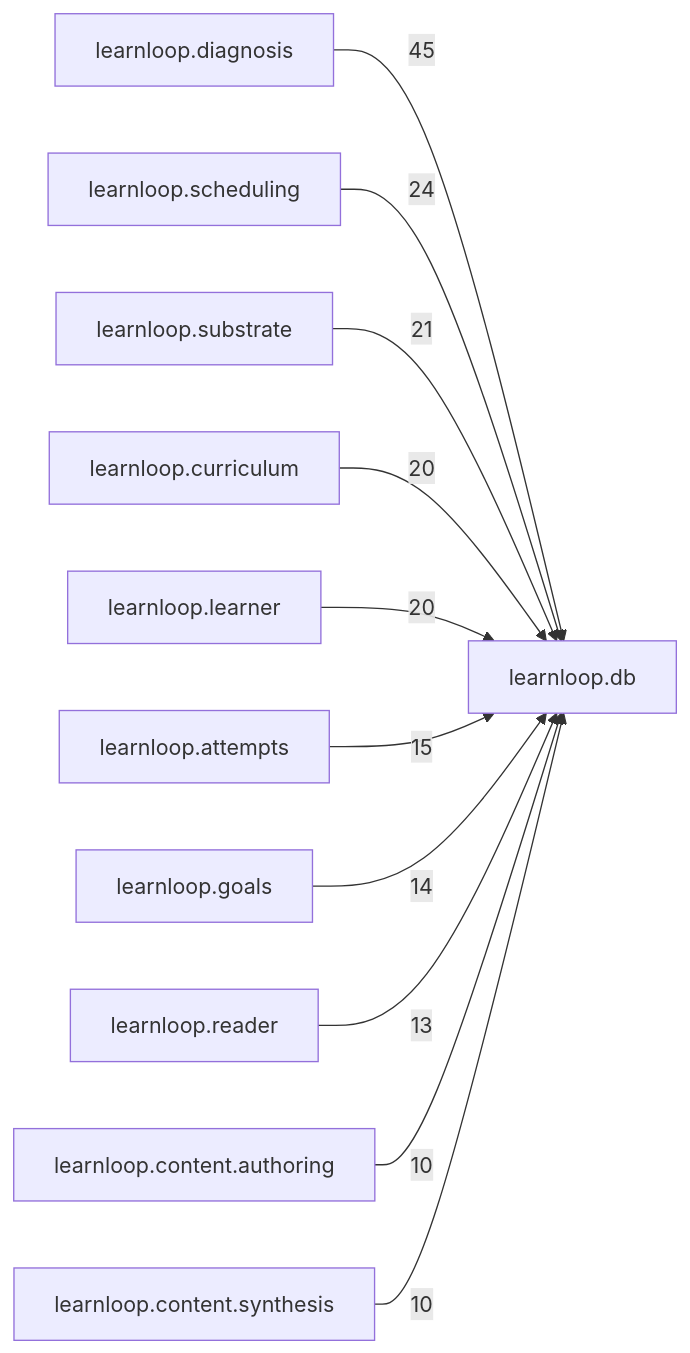
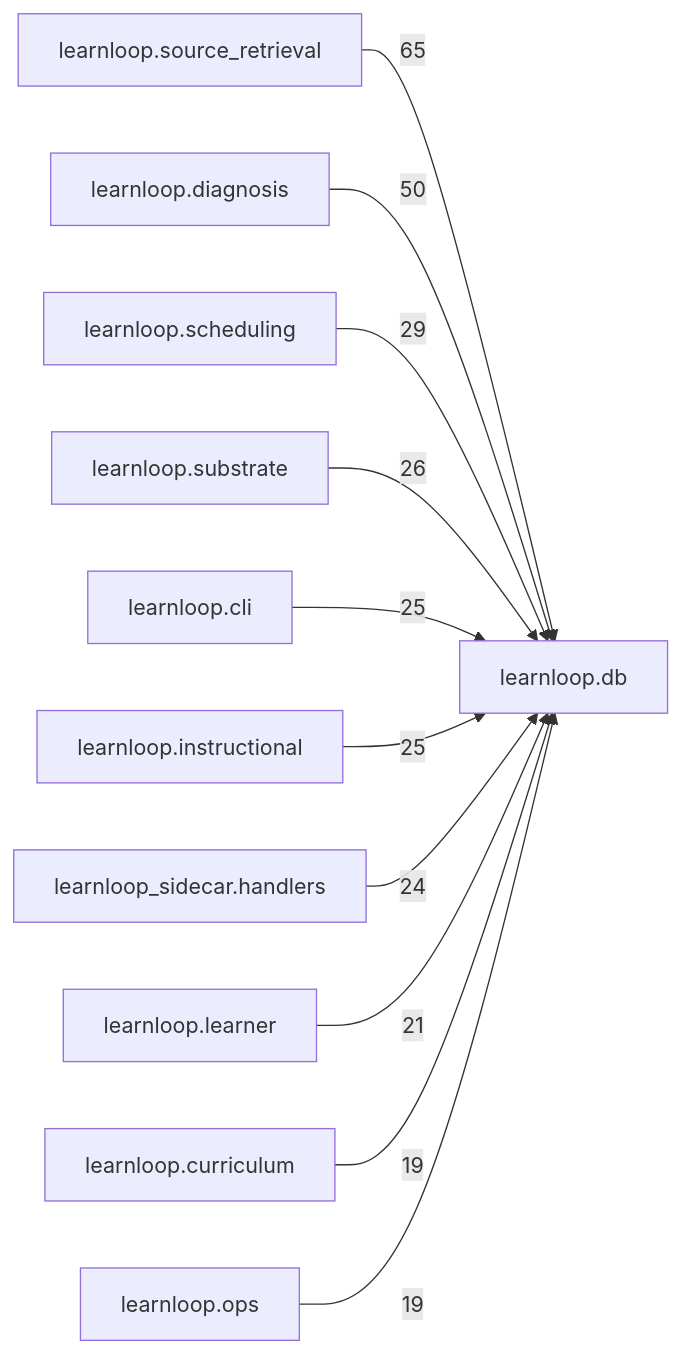
One commit to 6up-b/learnanything changed the diagram in docs/learnloop-architecture-vault/Reference/Modules/learnloop/db/_package.md. Above: the diagram before and after it, drawn with Mermaid. The commit also changed other lines of this file and 1202 other files, not shown here.

````diff
--- a/docs/learnloop-architecture-vault/Reference/Modules/learnloop/db/_package.md
+++ b/docs/learnloop-architecture-vault/Reference/Modules/learnloop/db/_package.md
@@ -112,24 +137,24 @@
 ```mermaid
 flowchart LR
     center["learnloop.db"]
+    n_learnloop_source_retrieval["learnloop.source_retrieval"]
     n_learnloop_diagnosis["learnloop.diagnosis"]
     n_learnloop_scheduling["learnloop.scheduling"]
     n_learnloop_substrate["learnloop.substrate"]
+    n_learnloop_cli["learnloop.cli"]
+    n_learnloop_instructional["learnloop.instructional"]
+    n_learnloop_sidecar_handlers["learnloop_sidecar.handlers"]
+    n_learnloop_learner["learnloop.learner"]
     n_learnloop_curriculum["learnloop.curriculum"]
-    n_learnloop_learner["learnloop.learner"]
-    n_learnloop_attempts["learnloop.attempts"]
-    n_learnloop_goals["learnloop.goals"]
-    n_learnloop_reader["learnloop.reader"]
-    n_learnloop_content_authoring["learnloop.content.authoring"]
-    n_learnloop_content_synthesis["learnloop.content.synthesis"]
-    n_learnloop_diagnosis -->|45| center
-    n_learnloop_scheduling -->|24| center
-    n_learnloop_substrate -->|21| center
-    n_learnloop_curriculum -->|20| center
-    n_learnloop_learner -->|20| center
-    n_learnloop_attempts -->|15| center
-    n_learnloop_goals -->|14| center
-    n_learnloop_reader -->|13| center
-    n_learnloop_content_authoring -->|10| center
-    n_learnloop_content_synthesis -->|10| center
+    n_learnloop_ops["learnloop.ops"]
+    n_learnloop_source_retrieval -->|65| center
+    n_learnloop_diagnosis -->|50| center
+    n_learnloop_scheduling -->|29| center
+    n_learnloop_substrate -->|26| center
+    n_learnloop_cli -->|25| center
+    n_learnloop_instructional -->|25| center
+    n_learnloop_sidecar_handlers -->|24| center
+    n_learnloop_learner -->|21| center
+    n_learnloop_curriculum -->|19| center
+    n_learnloop_ops -->|19| center
 ```
````
